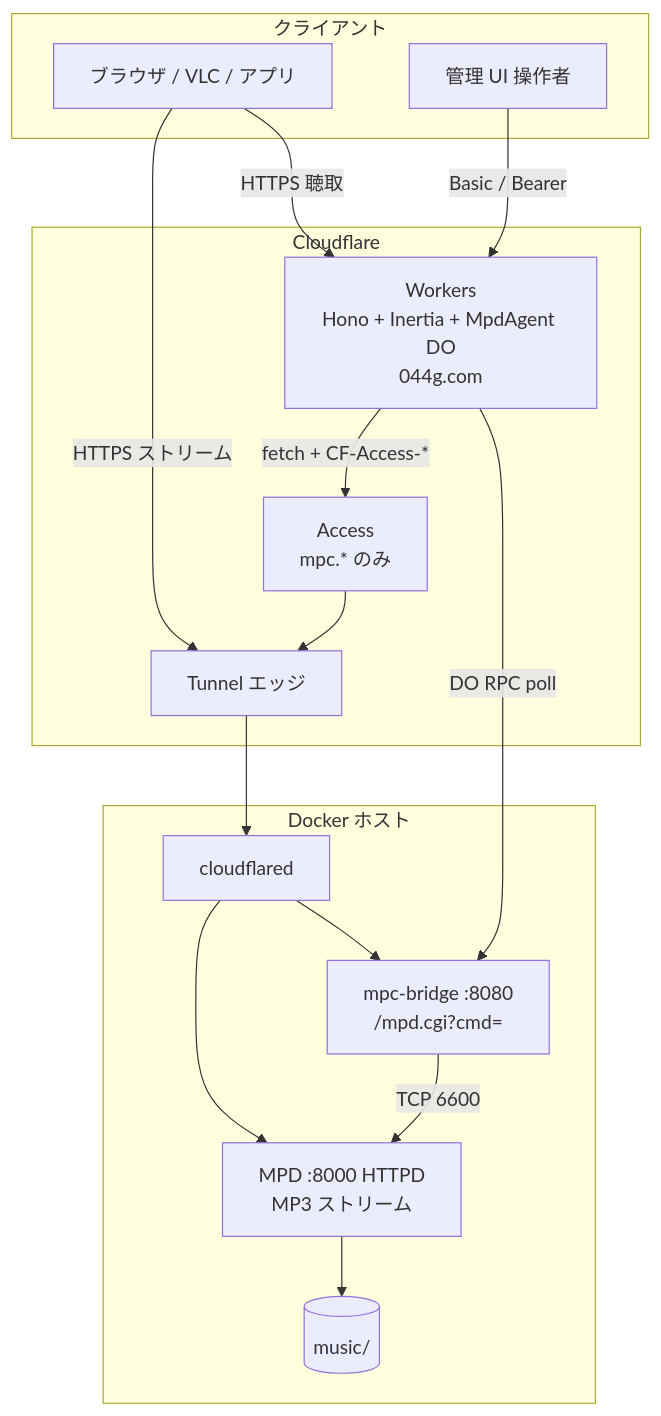
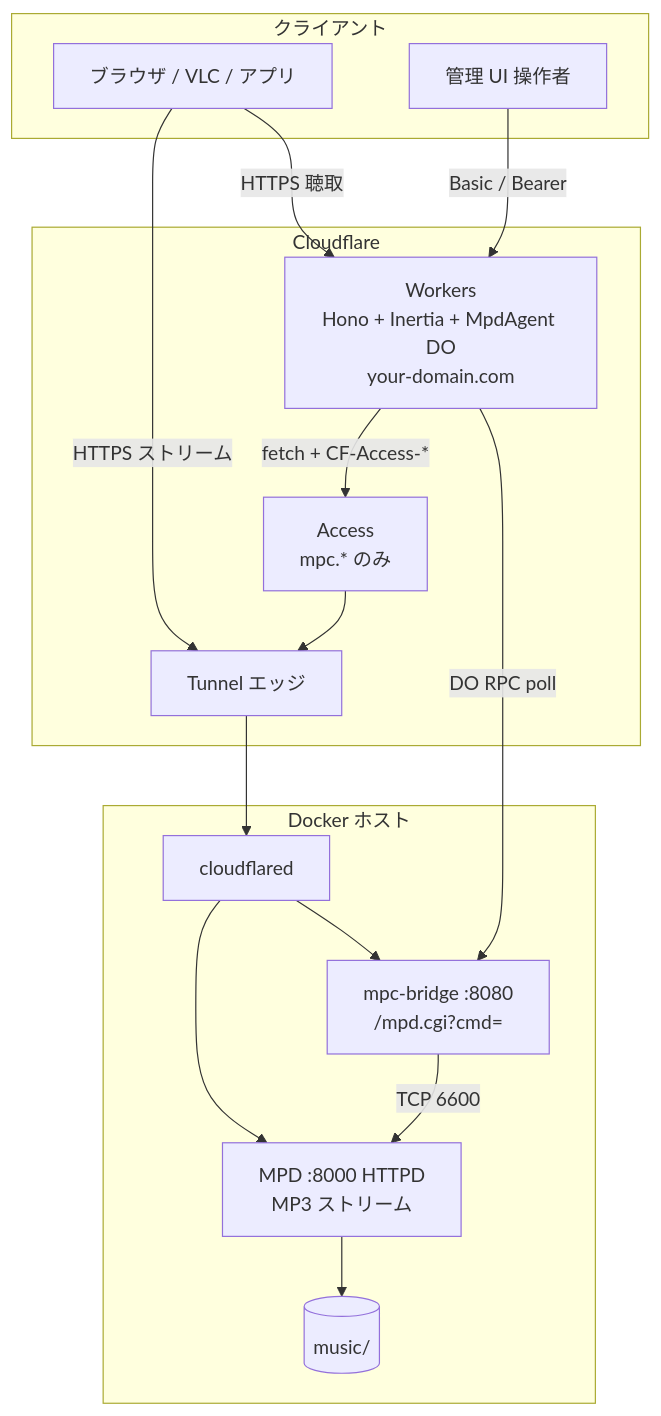
One commit to budybye/radio changed the first of 8 diagrams in docs/diagrams.md. Above: the diagram before and after it, drawn with Mermaid. The commit also changed other lines of this file and 23 other files, not shown here.

````diff
--- a/docs/diagrams.md
+++ b/docs/diagrams.md
@@ -7,32 +7,32 @@
 ```mermaid
 flowchart TB
   subgraph clients["クライアント"]
     Browser["ブラウザ / VLC / アプリ"]
     Admin["管理 UI 操作者"]
   end
 
   subgraph cf["Cloudflare"]
-  Workers["Workers<br/>Hono + Inertia + MpdAgent DO<br/>044g.com"]
+  Workers["Workers<br/>Hono + Inertia + MpdAgent DO<br/>your-domain.com"]
   Tunnel["Tunnel エッジ"]
   Access["Access<br/>mpc.* のみ"]
   end
 
   subgraph docker["Docker ホスト"]
     MPD["MPD :8000 HTTPD<br/>MP3 ストリーム"]
     Bridge["mpc-bridge :8080<br/>/mpd.cgi?cmd="]
     Cloudflared["cloudflared"]
     Music[("music/")]
   end
 
   Browser -->|HTTPS 聴取| Workers
   Browser -->|HTTPS ストリーム| Tunnel
   Admin -->|Basic / Bearer| Workers
   Workers -->|fetch + CF-Access-*| Access
   Access --> Tunnel
   Tunnel --> Cloudflared
   Cloudflared --> MPD
   Cloudflared --> Bridge
   Bridge -->|TCP 6600| MPD
   MPD --> Music
   Workers -->|DO RPC poll| Bridge
 ```
````
